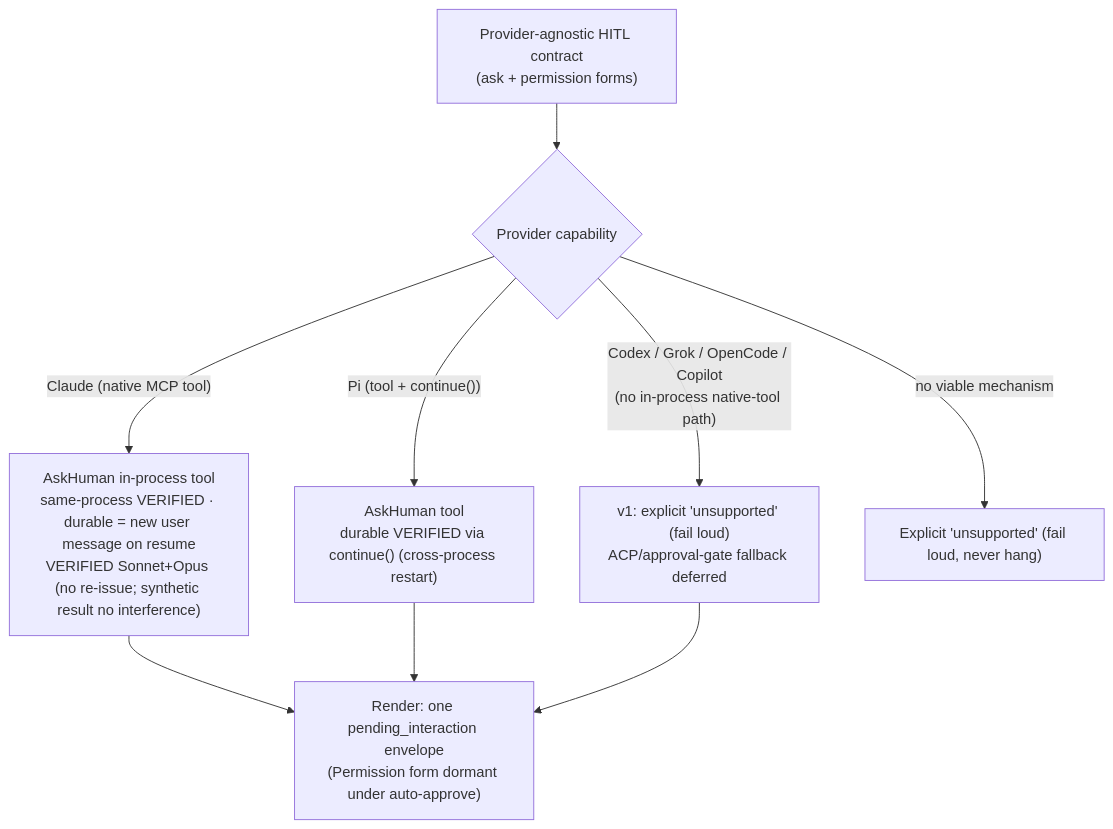
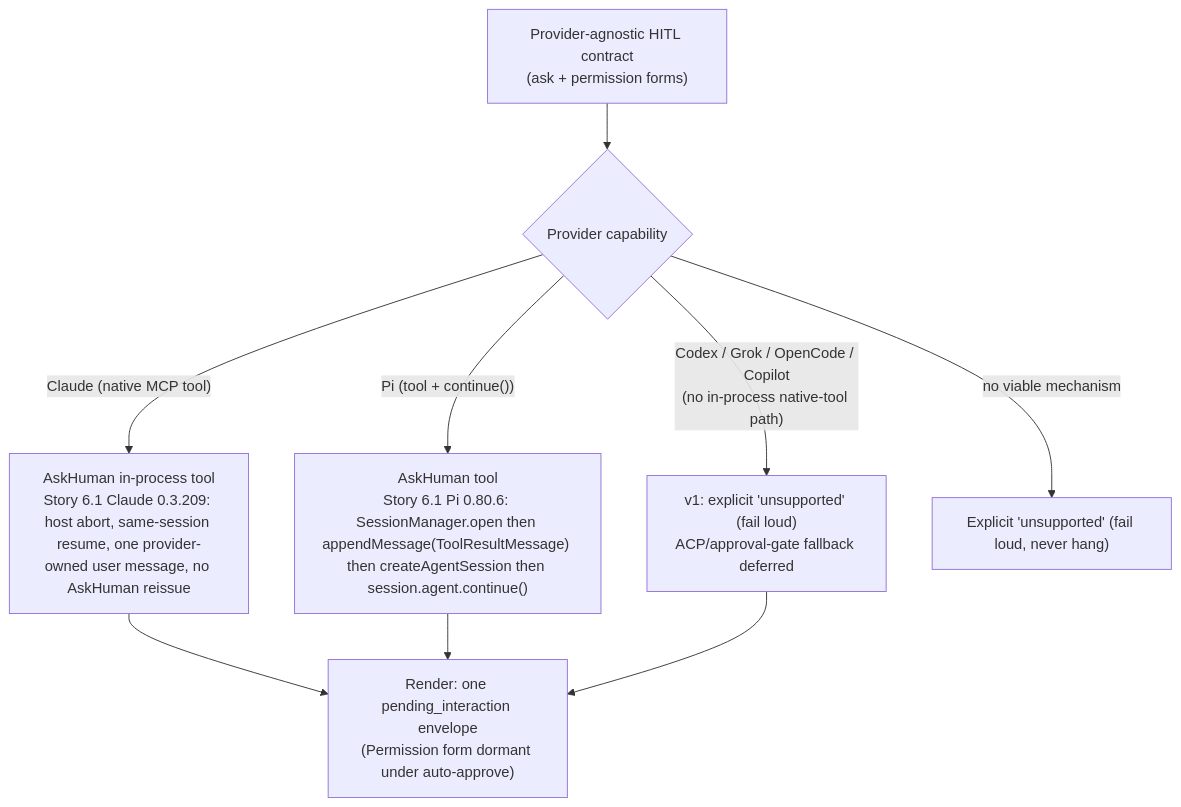
One commit to anhle128/Archon changed the third of 3 diagrams in _bmad-output/specs/spec-workflow-run-view-hitl/architecture-diagrams.md. Above: the diagram before and after it, drawn with Mermaid. The commit also changed other lines of this file and 3 other files, not shown here.

First line of the commit message:
docs: Write outcome and reconcile architecture

````diff
--- a/_bmad-output/specs/spec-workflow-run-view-hitl/architecture-diagrams.md
+++ b/_bmad-output/specs/spec-workflow-run-view-hitl/architecture-diagrams.md
@@ -63,12 +64,12 @@
 ```mermaid
 flowchart TD
   E["Provider-agnostic HITL contract<br/>(ask + permission forms)"]
   E --> P1{"Provider capability"}
-  P1 -- "Claude (native MCP tool)" --> N1["AskHuman in-process tool<br/>same-process VERIFIED · durable = new user message on resume<br/>VERIFIED Sonnet+Opus (no re-issue; synthetic result no interference)"]
-  P1 -- "Pi (tool + continue())" --> N2["AskHuman tool<br/>durable VERIFIED via continue() (cross-process restart)"]
+  P1 -- "Claude (native MCP tool)" --> N1["AskHuman in-process tool<br/>Story 6.1 Claude 0.3.209: host abort, same-session resume, one provider-owned user message, no AskHuman reissue"]
+  P1 -- "Pi (tool + continue())" --> N2["AskHuman tool<br/>Story 6.1 Pi 0.80.6: SessionManager.open then appendMessage(ToolResultMessage) then createAgentSession then session.agent.continue()"]
   P1 -- "Codex / Grok / OpenCode / Copilot<br/>(no in-process native-tool path)" --> O["v1: explicit 'unsupported' (fail loud)<br/>ACP/approval-gate fallback deferred"]
   P1 -- "no viable mechanism" --> F["Explicit 'unsupported' (fail loud, never hang)"]
   N1 --> R["Render: one pending_interaction envelope<br/>(Permission form dormant under auto-approve)"]
   N2 --> R
   O --> R
 ```
````
